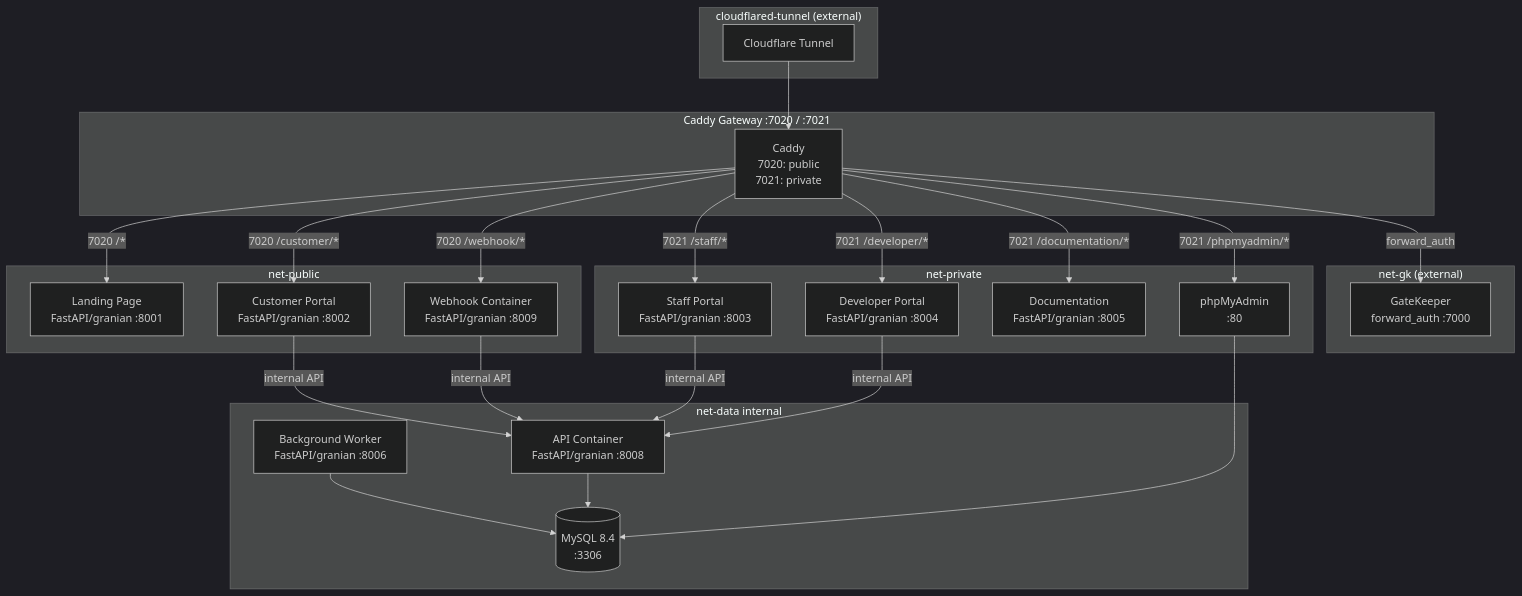
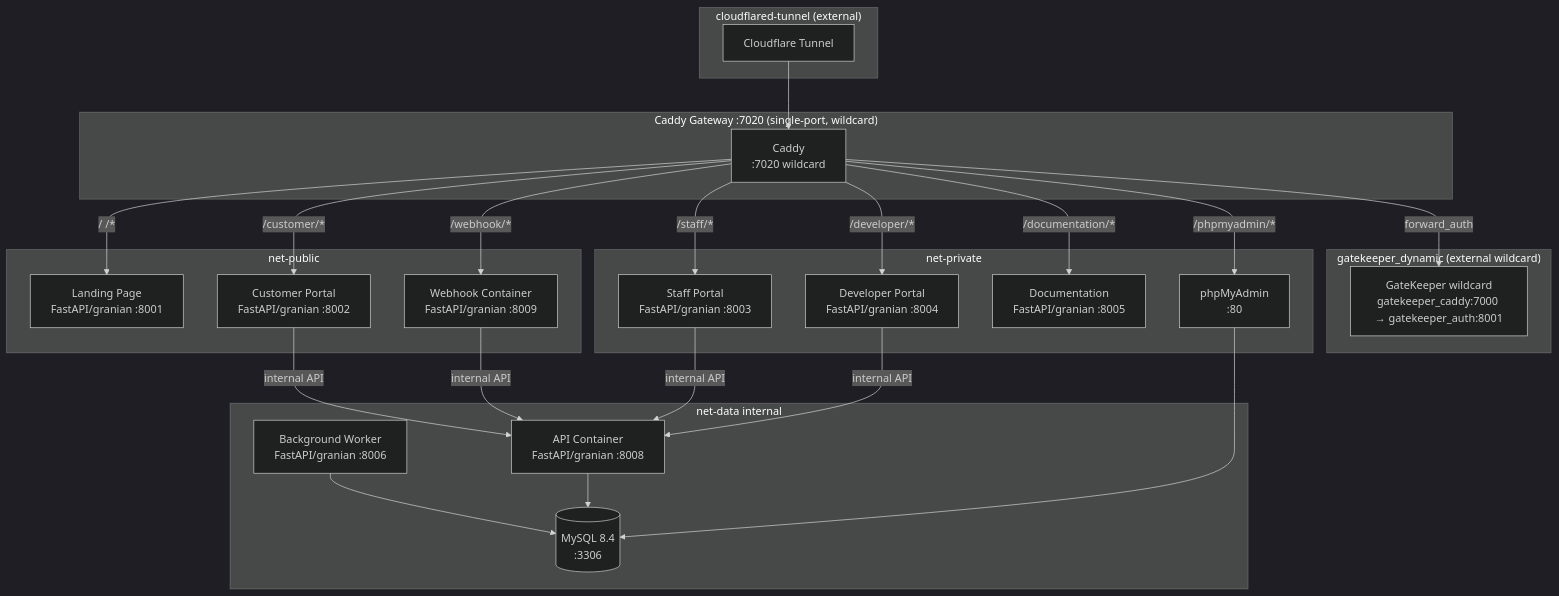
The first of 2 diagrams in documentation/docs/index.md (NovaProtocol/WaterBillingSystem), drawn with Mermaid (dark theme) before and after one commit. The commit also changed 11 other files, not shown here.

````diff
--- a/documentation/docs/index.md
+++ b/documentation/docs/index.md
@@ -26,53 +26,53 @@
 ```mermaid
 graph TB
     subgraph "net-public"
         LAND["Landing Page<br/>FastAPI/granian :8001"]
         CP["Customer Portal<br/>FastAPI/granian :8002"]
         WH["Webhook Container<br/>FastAPI/granian :8009"]
     end
 
     subgraph "net-private"
         SP["Staff Portal<br/>FastAPI/granian :8003"]
         DP["Developer Portal<br/>FastAPI/granian :8004"]
         DOC["Documentation<br/>FastAPI/granian :8005"]
         PMA["phpMyAdmin<br/>:80"]
     end
 
     subgraph "net-data internal"
         DB[("MySQL 8.4<br/>:3306")]
         WORKER["Background Worker<br/>FastAPI/granian :8006"]
         API["API Container<br/>FastAPI/granian :8008"]
     end
 
-    subgraph "net-gk (external)"
-        GK["GateKeeper<br/>forward_auth :7000"]
+    subgraph "gatekeeper_dynamic (external wildcard)"
+        GK["GateKeeper wildcard<br/>gatekeeper_caddy:7000 → gatekeeper_auth:8001"]
     end
 
     subgraph "cloudflared-tunnel (external)"
         TUN["Cloudflare Tunnel"]
     end
 
-    subgraph "Caddy Gateway :7020 / :7021"
-        CAD["Caddy<br/>7020: public<br/>7021: private"]
+    subgraph "Caddy Gateway :7020 (single-port, wildcard)"
+        CAD["Caddy<br/>:7020 wildcard"]
     end
 
-    CAD -->|"7020 /*"| LAND
-    CAD -->|"7020 /customer/*"| CP
-    CAD -->|"7020 /webhook/*"| WH
-    CAD -->|"7021 /staff/*"| SP
-    CAD -->|"7021 /developer/*"| DP
-    CAD -->|"7021 /documentation/*"| DOC
-    CAD -->|"7021 /phpmyadmin/*"| PMA
+    CAD -->|"/ /*"| LAND
+    CAD -->|"/customer/*"| CP
+    CAD -->|"/webhook/*"| WH
+    CAD -->|"/staff/*"| SP
+    CAD -->|"/developer/*"| DP
+    CAD -->|"/documentation/*"| DOC
+    CAD -->|"/phpmyadmin/*"| PMA
 
     CP -->|"internal API"| API
     SP -->|"internal API"| API
     DP -->|"internal API"| API
     WH -->|"internal API"| API
 
     API --> DB
     WORKER --> DB
     PMA --> DB
 
     CAD -->|"forward_auth"| GK
     TUN --> CAD
 ```
````
